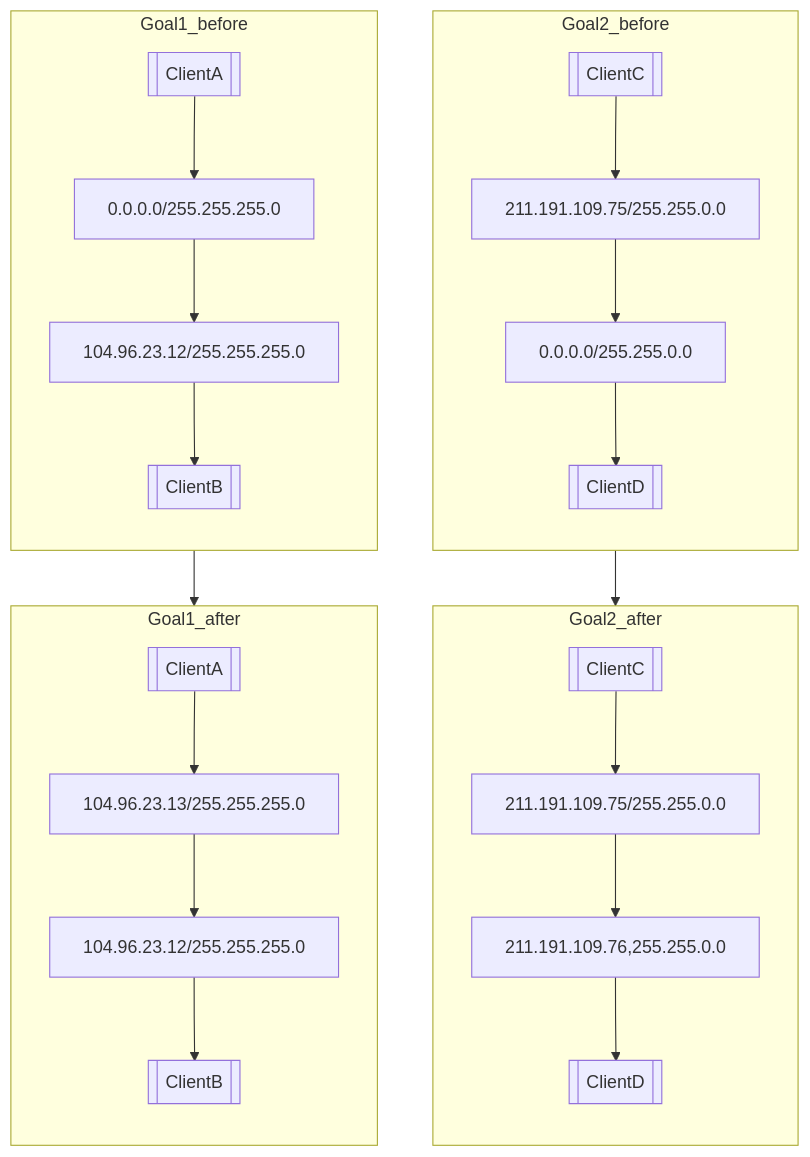
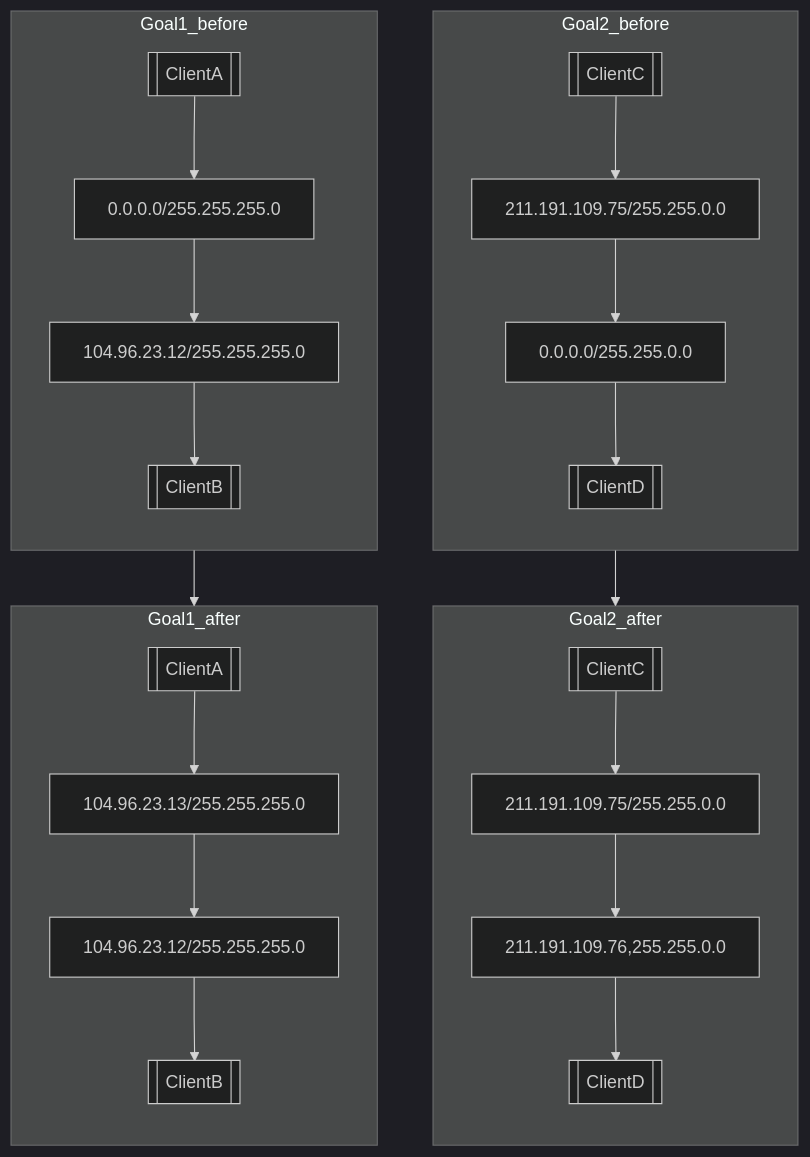
The second of 2 diagrams in level1.md (rikeda-cloud/net_practice), drawn with Mermaid before and after one commit. The commit also changed other lines of this file and 5 other files, not shown here.

````diff
--- a/level1.md
+++ b/level1.md
@@ -33,42 +35,44 @@
 ```mermaid
+%%{init:{'theme': 'dark'}}%%
+%%{init:{'flowchart': {'curve': 'natural'}}}%%
 flowchart
 
 Goal2_before-->Goal2_after
 subgraph Goal2_before
     direction TB
     BE_CL_C[[ClientC]]
     BE_CL_D[[ClientD]]
     BE_IF_C[211.191.109.75/255.255.0.0]
     BE_IF_D[0.0.0.0/255.255.0.0]
     BE_CL_C-->BE_IF_C-->BE_IF_D-->BE_CL_D
 end
 
 subgraph Goal2_after
     direction TB
     AF_CL_C[[ClientC]]
     AF_CL_D[[ClientD]]
     AF_IF_C[211.191.109.75/255.255.0.0]
     AF_IF_D[211.191.109.76,255.255.0.0]
     AF_CL_C-->AF_IF_C-->AF_IF_D-->AF_CL_D
 end
 
 
 Goal1_before-->Goal1_after
 subgraph Goal1_before
     direction TB
     BE_CL_A[[ClientA]]
     BE_CL_B[[ClientB]]
     BE_IF_A[0.0.0.0/255.255.255.0]
     BE_IF_B[104.96.23.12/255.255.255.0]
     BE_CL_A-->BE_IF_A-->BE_IF_B-->BE_CL_B
 end
 
 subgraph Goal1_after
     direction TB
     AF_CL_A[[ClientA]]
     AF_CL_B[[ClientB]]
     AF_IF_A[104.96.23.13/255.255.255.0]
     AF_IF_B[104.96.23.12/255.255.255.0]
     AF_CL_A-->AF_IF_A-->AF_IF_B-->AF_CL_B
 end
 ```
````
